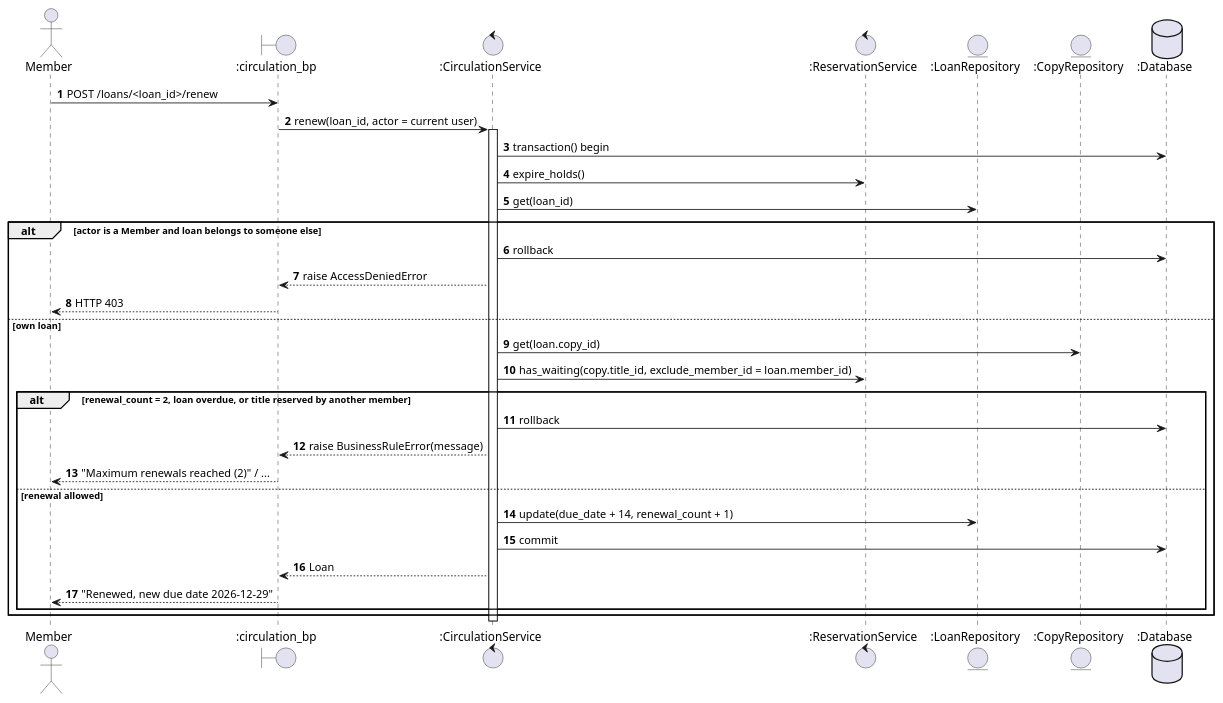
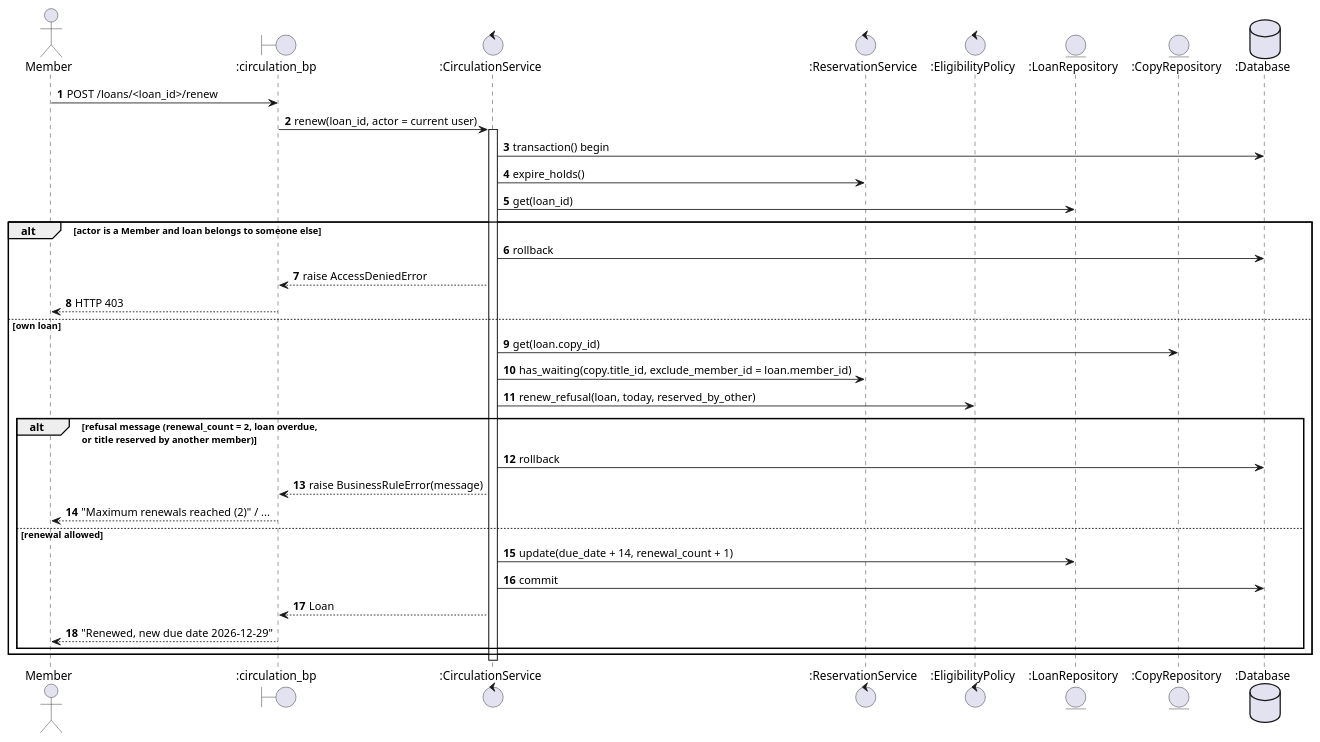
The diagram in docs/models/12-seq-renew.puml (imnvrml/library-management-system), drawn with PlantUML before and after one commit. The commit also changed 10 other files, not shown here.

Commit message:
docs(models): v1.1 - extract pure EligibilityPolicy so decision rules are unit-testable

```diff
--- a/docs/models/12-seq-renew.puml
+++ b/docs/models/12-seq-renew.puml
@@ -1,38 +1,40 @@
 @startuml seq-renew
 ' SD-03 Renew a loan (UC-07, includes UC-14)
 skinparam shadowing false
 autonumber
 actor Member
 boundary ":circulation_bp" as bp
 control ":CirculationService" as circ
 control ":ReservationService" as res
+control ":EligibilityPolicy" as pol
 entity ":LoanRepository" as loans
 entity ":CopyRepository" as copies
 database ":Database" as db
 
 Member -> bp : POST /loans/<loan_id>/renew
 bp -> circ : renew(loan_id, actor = current user)
 activate circ
 circ -> db : transaction() begin
 circ -> res : expire_holds()
 circ -> loans : get(loan_id)
 alt actor is a Member and loan belongs to someone else
   circ -> db : rollback
   circ --> bp : raise AccessDeniedError
   bp --> Member : HTTP 403
 else own loan
   circ -> copies : get(loan.copy_id)
   circ -> res : has_waiting(copy.title_id, exclude_member_id = loan.member_id)
-  alt renewal_count = 2, loan overdue, or title reserved by another member
+  circ -> pol : renew_refusal(loan, today, reserved_by_other)
+  alt refusal message (renewal_count = 2, loan overdue,\nor title reserved by another member)
     circ -> db : rollback
     circ --> bp : raise BusinessRuleError(message)
     bp --> Member : "Maximum renewals reached (2)" / ...
   else renewal allowed
     circ -> loans : update(due_date + 14, renewal_count + 1)
     circ -> db : commit
     circ --> bp : Loan
     bp --> Member : "Renewed, new due date 2026-12-29"
   end
 end
 deactivate circ
 @enduml
```
